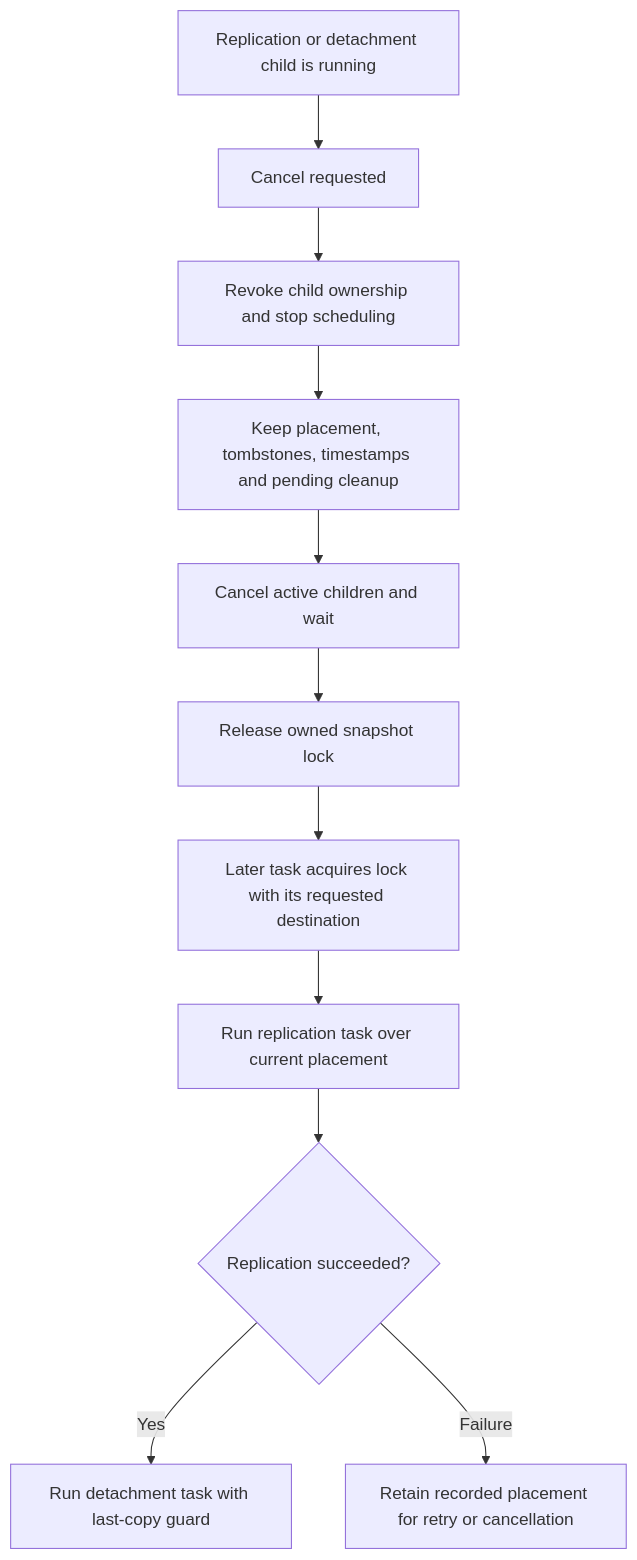
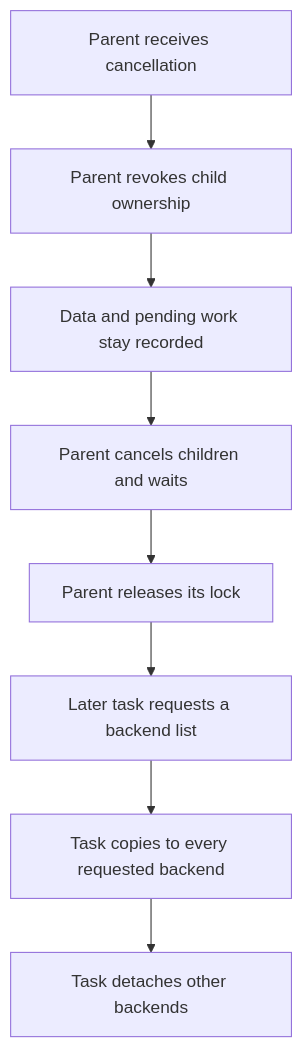
Before and after one commit to ydb-platform/nbs: the ninth of 10 diagrams in doc/disk_manager/chunk_storage/design_doc.md, drawn with Mermaid. The commit also changed other lines of this file, not shown here.

````diff
--- a/doc/disk_manager/chunk_storage/design_doc.md
+++ b/doc/disk_manager/chunk_storage/design_doc.md
@@ -379,13 +347,10 @@
 ```mermaid
 flowchart TD
-    Running[Replication or detachment child is running] --> Cancel[Cancel requested]
-    Cancel --> Stop[Revoke child ownership and stop scheduling]
-    Stop --> Keep[Keep placement, tombstones, timestamps and pending cleanup]
-    Keep --> Children[Cancel active children and wait]
-    Children --> Unlock[Release owned snapshot lock]
-    Unlock --> Next[Later task acquires lock with its requested destination]
-    Next --> Copy[Run replication task over current placement]
-    Copy --> Ready{Replication succeeded?}
-    Ready -->|Yes| Detach[Run detachment task with last-copy guard]
-    Ready -->|Failure| Retry[Retain recorded placement for retry or cancellation]
+    Cancel[Parent receives cancellation] --> Revoke[Parent revokes child ownership]
+    Revoke --> Keep[Data and pending work stay recorded]
+    Keep --> Wait[Parent cancels children and waits]
+    Wait --> Unlock[Parent releases its lock]
+    Unlock --> Later[Later task requests a backend list]
+    Later --> Copy[Task copies to every requested backend]
+    Copy --> Detach[Task detaches other backends]
 ```
````
